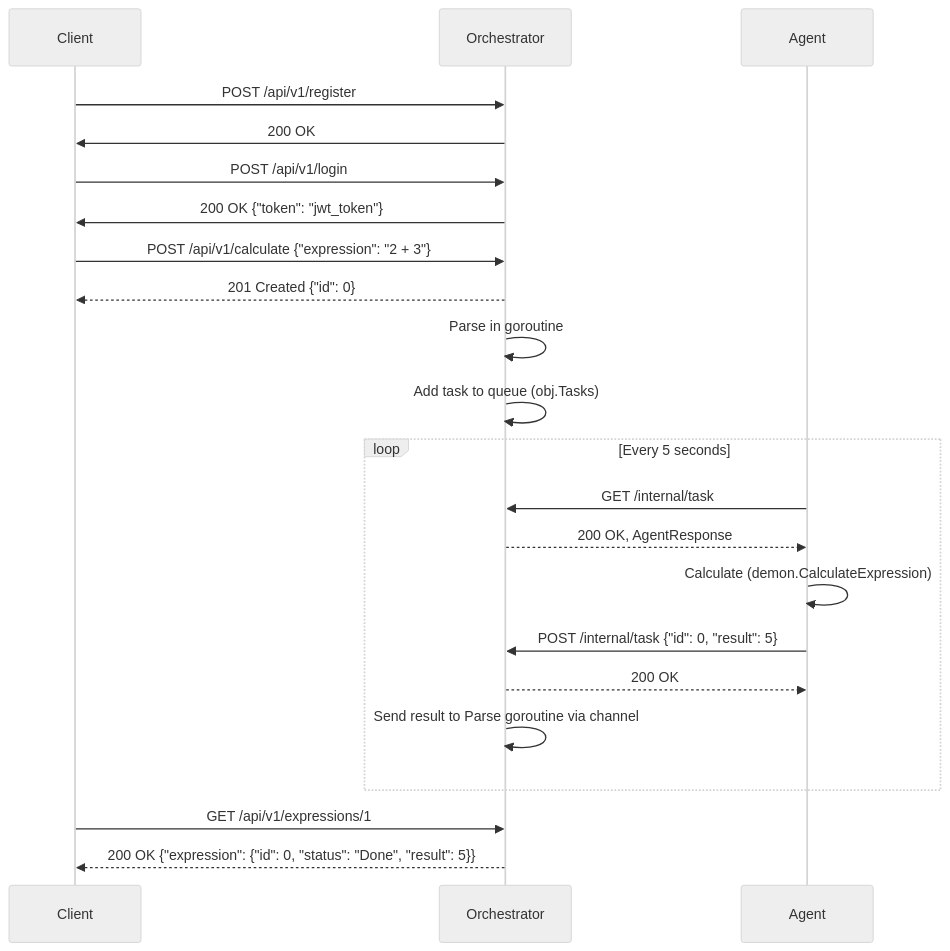
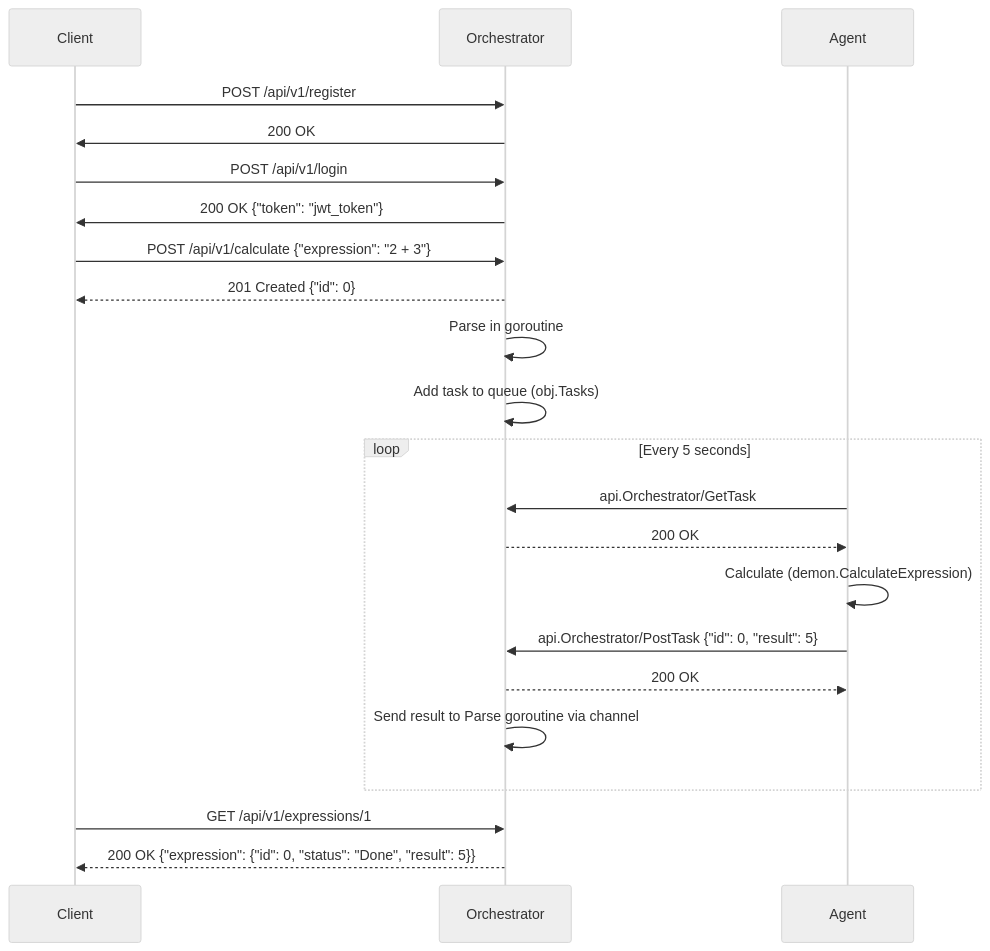
Before and after one commit to lazarevFedor/sprint2Final: the second of 2 diagrams in README.md, drawn with Mermaid (neutral theme). The commit also changed other lines of this file, not shown here.

````diff
--- a/README.md
+++ b/README.md
@@ -416,26 +421,26 @@
 ```mermaid
 sequenceDiagram
     participant C as Client
     participant O as Orchestrator
     participant A as Agent
     C->>O: POST /api/v1/register
     O->>C: 200 OK
     C->>O: POST /api/v1/login
     O->>C: 200 OK {"token": "jwt_token"}
     C->>O: POST /api/v1/calculate {"expression": "2 + 3"}
     O-->>C: 201 Created {"id": 0}
     O->>O: Parse in goroutine
     O->>O: Add task to queue (obj.Tasks)
 
     loop Every 5 seconds
-        A->>O: GET /internal/task
-        O-->>A: 200 OK, AgentResponse
+        A->>O: api.Orchestrator/GetTask
+        O-->>A: 200 OK
         A->>A: Calculate (demon.CalculateExpression)
-        A->>O: POST /internal/task {"id": 0, "result": 5}
+        A->>O: api.Orchestrator/PostTask {"id": 0, "result": 5}
         O-->>A: 200 OK
         O->>O: Send result to Parse goroutine via channel
     end
 
     C->>O: GET /api/v1/expressions/1
     O-->>C: 200 OK {"expression": {"id": 0, "status": "Done", "result": 5}}
 ```
````
